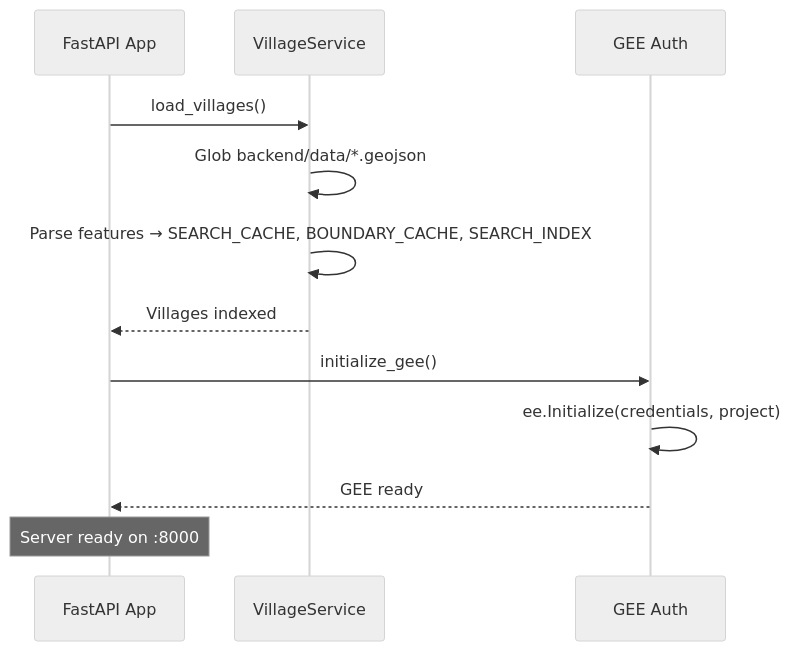
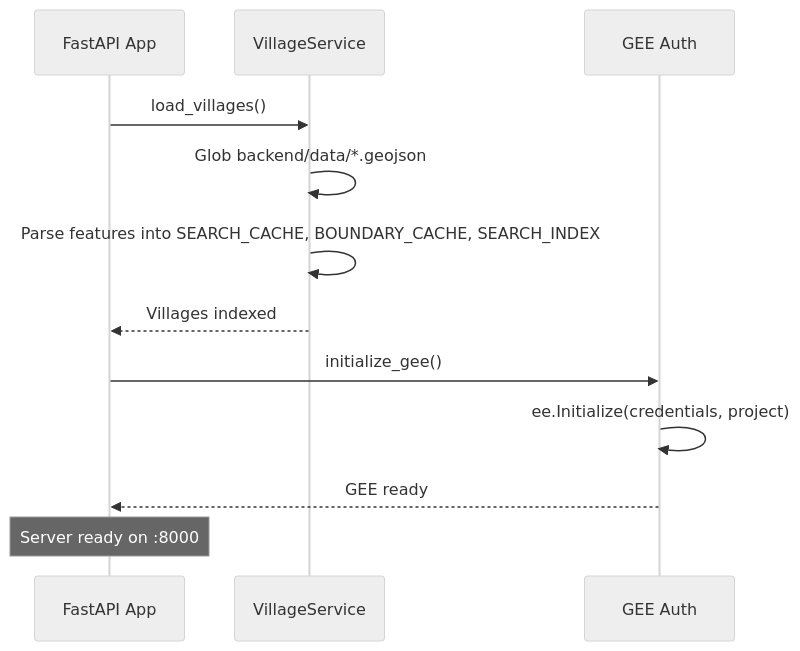
The third of 8 diagrams in ARCHITECTURE.md (Shwetapatil13/GramDrishti), drawn with Mermaid (neutral theme) before and after one commit. The commit also changed other lines of this file and 6 other files, not shown here.

Commit message:
clean up documentation formatting and improve clarity in project roadmap files

````diff
--- a/ARCHITECTURE.md
+++ b/ARCHITECTURE.md
@@ -209,17 +209,17 @@
 ```mermaid
 sequenceDiagram
     participant App as FastAPI App
     participant VS as VillageService
     participant GEE as GEE Auth
 
     App->>VS: load_villages()
     VS->>VS: Glob backend/data/*.geojson
-    VS->>VS: Parse features → SEARCH_CACHE, BOUNDARY_CACHE, SEARCH_INDEX
+    VS->>VS: Parse features into SEARCH_CACHE, BOUNDARY_CACHE, SEARCH_INDEX
     VS-->>App: Villages indexed
 
     App->>GEE: initialize_gee()
     GEE->>GEE: ee.Initialize(credentials, project)
     GEE-->>App: GEE ready
 
     Note over App: Server ready on :8000
 ```
````
